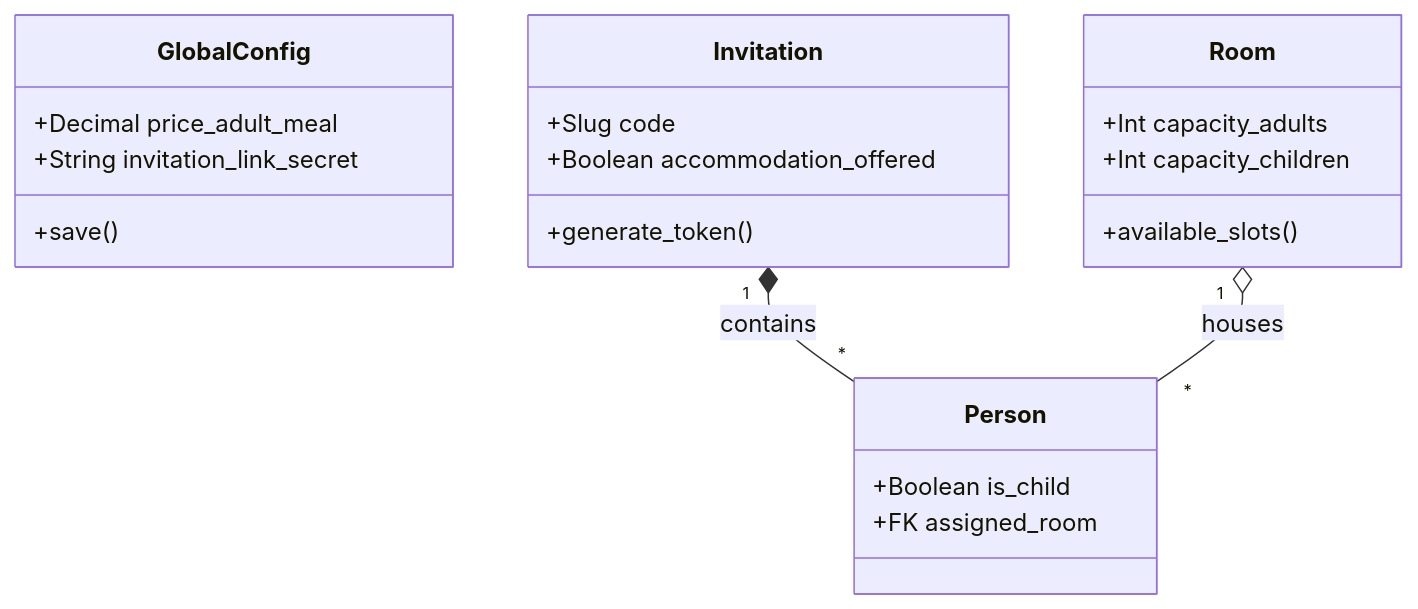
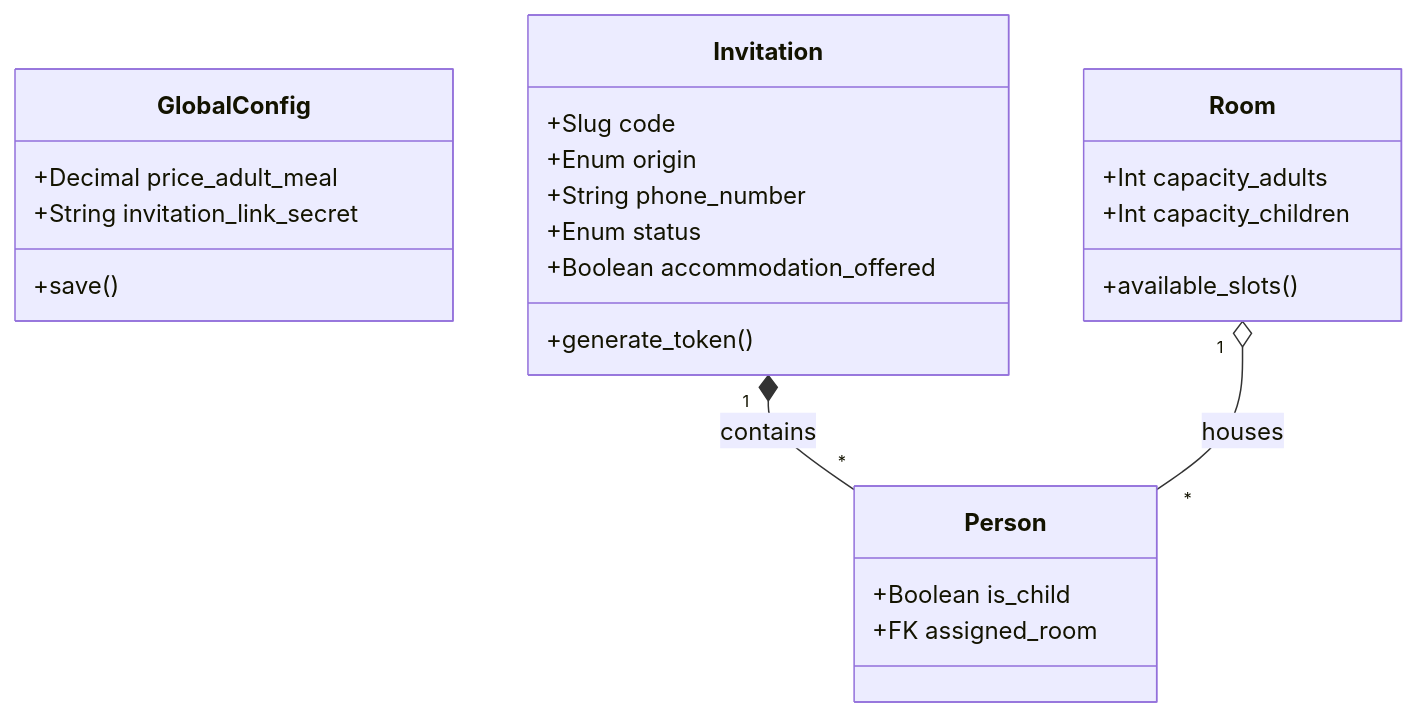
One commit to nemocrk/my-wedding-app changed the diagram in docs/06-BACKEND-CORE.md. Above: the diagram before and after it, drawn with Mermaid. The commit also changed other lines of this file, not shown here.

````diff
--- a/docs/06-BACKEND-CORE.md
+++ b/docs/06-BACKEND-CORE.md
@@ -72,28 +81,31 @@
 ```mermaid
 classDiagram
     class GlobalConfig {
         +Decimal price_adult_meal
         +String invitation_link_secret
         +save()
     }
 
     class Invitation {
         +Slug code
+        +Enum origin
+        +String phone_number
+        +Enum status
         +Boolean accommodation_offered
         +generate_token()
     }
 
     class Person {
         +Boolean is_child
         +FK assigned_room
     }
 
     class Room {
         +Int capacity_adults
         +Int capacity_children
         +available_slots()
     }
 
     Invitation "1" *-- "*" Person : contains
     Room "1" o-- "*" Person : houses
 ```
````
